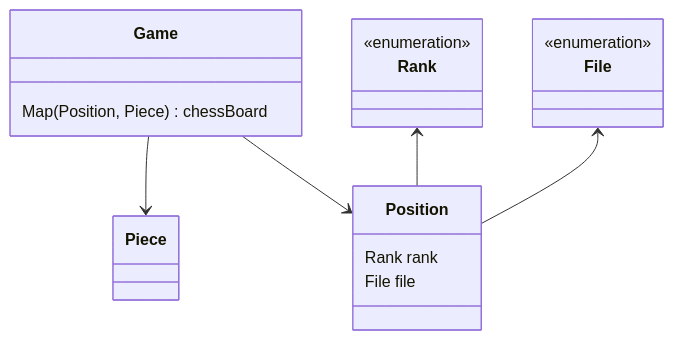
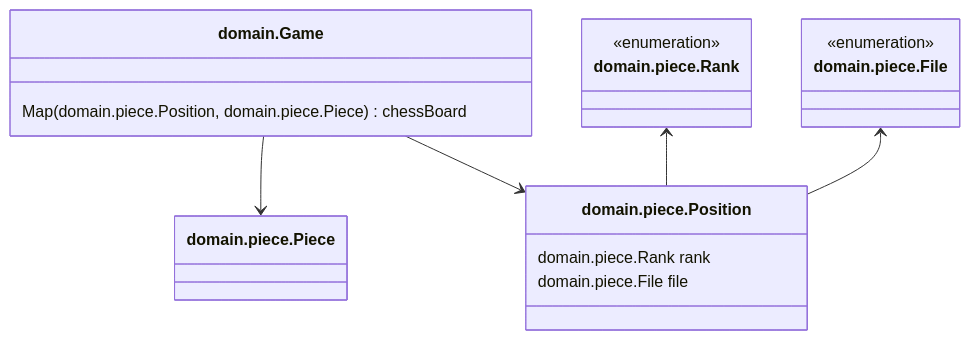
Before and after one commit to woowacourse/java-chess: the first of 2 diagrams in README.md, drawn with Mermaid. The commit also changed other lines of this file and 27 other files, not shown here.

````diff
--- a/README.md
+++ b/README.md
@@ -7,20 +7,20 @@
 ```mermaid
 classDiagram
-    Game --> Piece
-    Game --> Position
+    domain.Game --> domain.piece.Piece
+domain.Game --> domain.piece.Position
 
-    Rank <-- Position
-    File <-- Position
+domain.piece.Rank <-- domain.piece.Position
+domain.piece.File <-- domain.piece.Position
 
-    <<enumeration>> Rank
-    <<enumeration>> File
+<<enumeration>> domain.piece.Rank
+<<enumeration>> domain.piece.File
 
-    class Position {
-        Rank rank
-        File file
-    }
+class domain.piece.Position {
+domain.piece.Rank rank
+domain.piece.File file
+}
 
-    class Game {
-        Map(Position, Piece) chessBoard
-    }
+class domain.Game {
+Map(domain.piece.Position, domain.piece.Piece) chessBoard
+}
 ```
````
